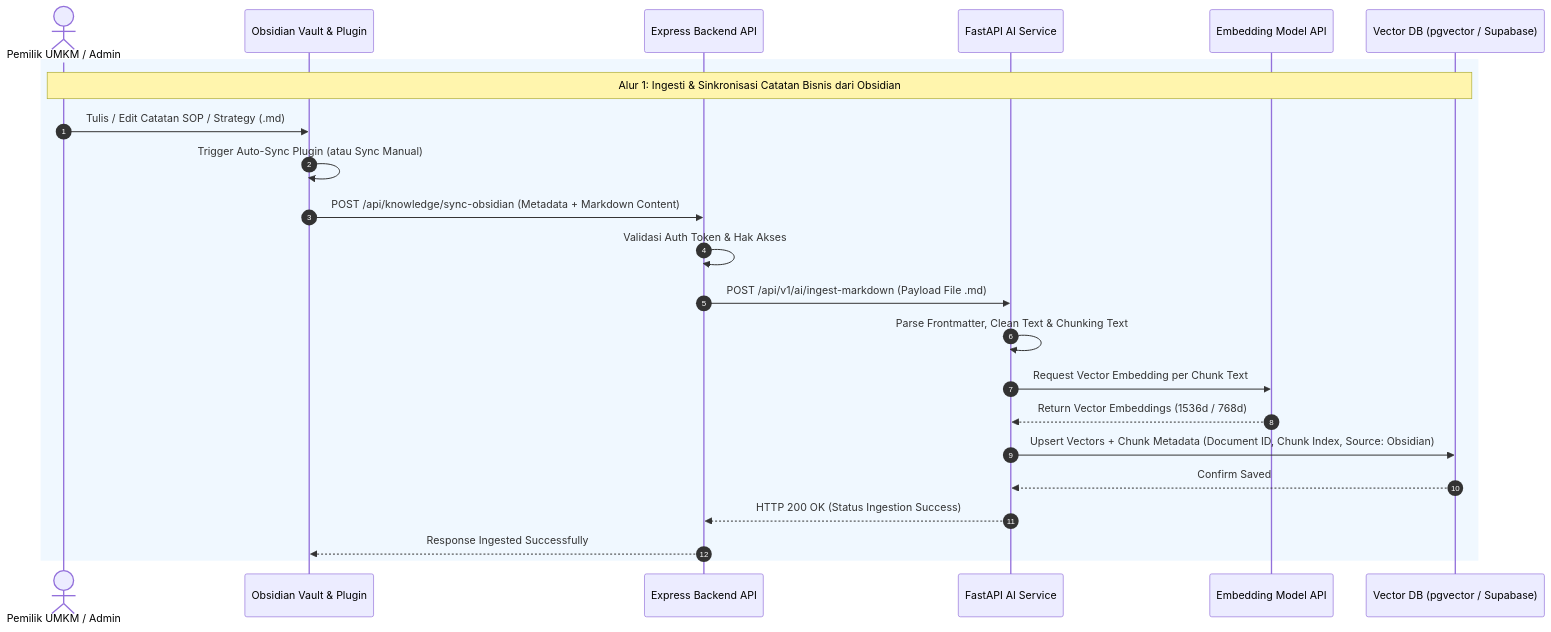
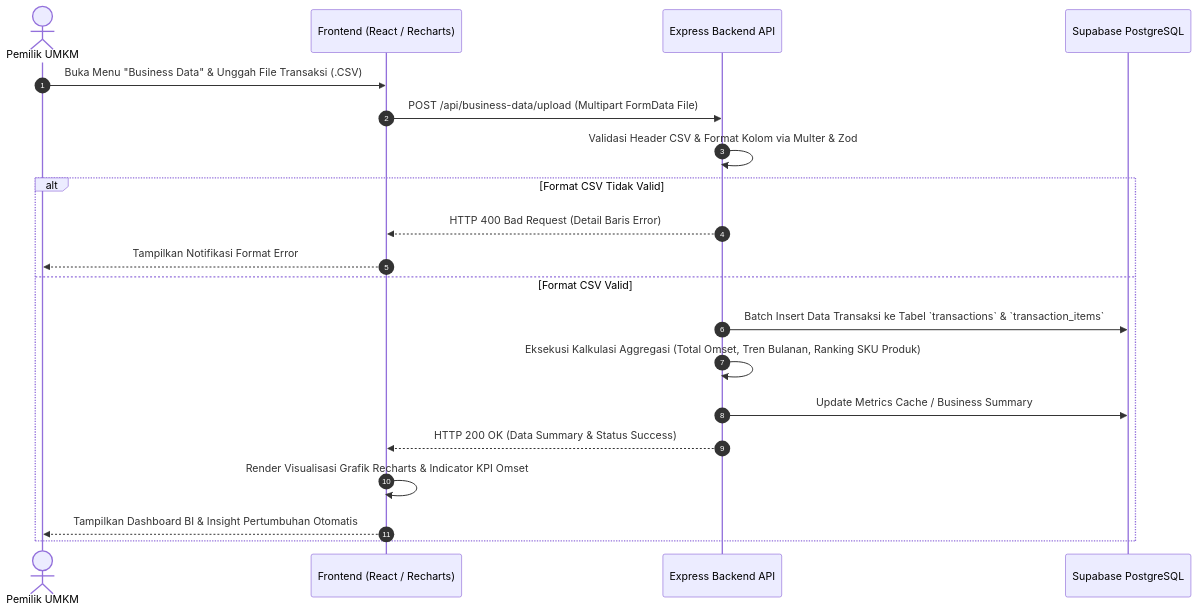
The third of 6 diagrams in Diagram.md (Couraa0/Strategiku), drawn with Mermaid before and after one commit. The commit also changed other lines of this file and 24 other files, not shown here.

````diff
--- a/Diagram.md
+++ b/Diagram.md
@@ -79,27 +155,23 @@
 ```mermaid
 sequenceDiagram
     autonumber
-    actor User as Pemilik UMKM / Admin
-    participant Obs as Obsidian Vault & Plugin
-    participant Backend as Express Backend API
-    participant AI as FastAPI AI Service
-    participant Embed as Embedding Model API
-    participant VecDB as Vector DB (pgvector / Supabase)
+    actor User as Pemilik UMKM
+    participant FE as Frontend (React / Recharts)
+    participant BE as Express Backend API
+    participant DB as Supabase PostgreSQL
 
-    %% Flow 1: Ingestion Note
-    rect rgb(240, 248, 255)
-    note over User, VecDB: Alur 1: Ingesti & Sinkronisasi Catatan Bisnis dari Obsidian
-    User->>Obs: Tulis / Edit Catatan SOP / Strategy (.md)
-    Obs->>Obs: Trigger Auto-Sync Plugin (atau Sync Manual)
-    Obs->>Backend: POST /api/knowledge/sync-obsidian (Metadata + Markdown Content)
-    Backend->>Backend: Validasi Auth Token & Hak Akses
-    Backend->>AI: POST /api/v1/ai/ingest-markdown (Payload File .md)
-    AI->>AI: Parse Frontmatter, Clean Text & Chunking Text
-    AI->>Embed: Request Vector Embedding per Chunk Text
-    Embed-->>AI: Return Vector Embeddings (1536d / 768d)
-    AI->>VecDB: Upsert Vectors + Chunk Metadata (Document ID, Chunk Index, Source: Obsidian)
-    VecDB-->>AI: Confirm Saved
-    AI-->>Backend: HTTP 200 OK (Status Ingestion Success)
-    Backend-->>Obs: Response Ingested Successfully
+    User->>FE: Buka Menu "Business Data" & Unggah File Transaksi (.CSV)
+    FE->>BE: POST /api/business-data/upload (Multipart FormData File)
+    BE->>BE: Validasi Header CSV & Format Kolom via Multer & Zod
+    alt Format CSV Tidak Valid
+        BE-->>FE: HTTP 400 Bad Request (Detail Baris Error)
+        FE-->>User: Tampilkan Notifikasi Format Error
+    else Format CSV Valid
+        BE->>DB: Batch Insert Data Transaksi ke Tabel `transactions` & `transaction_items`
+        BE->>BE: Eksekusi Kalkulasi Aggregasi (Total Omset, Tren Bulanan, Ranking SKU Produk)
+        BE->>DB: Update Metrics Cache / Business Summary
+        BE-->>FE: HTTP 200 OK (Data Summary & Status Success)
+        FE->>FE: Render Visualisasi Grafik Recharts & Indicator KPI Omset
+        FE-->>User: Tampilkan Dashboard BI & Insight Pertumbuhan Otomatis
     end
 ```
````
